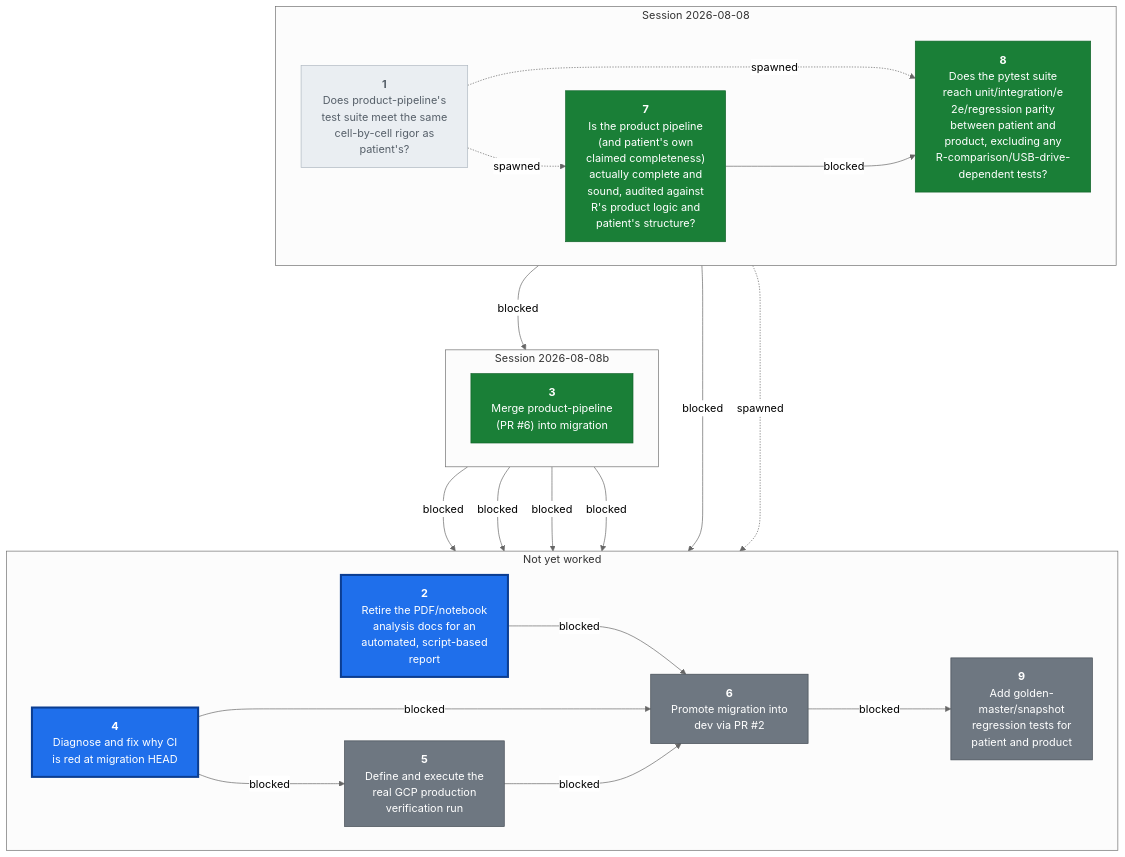
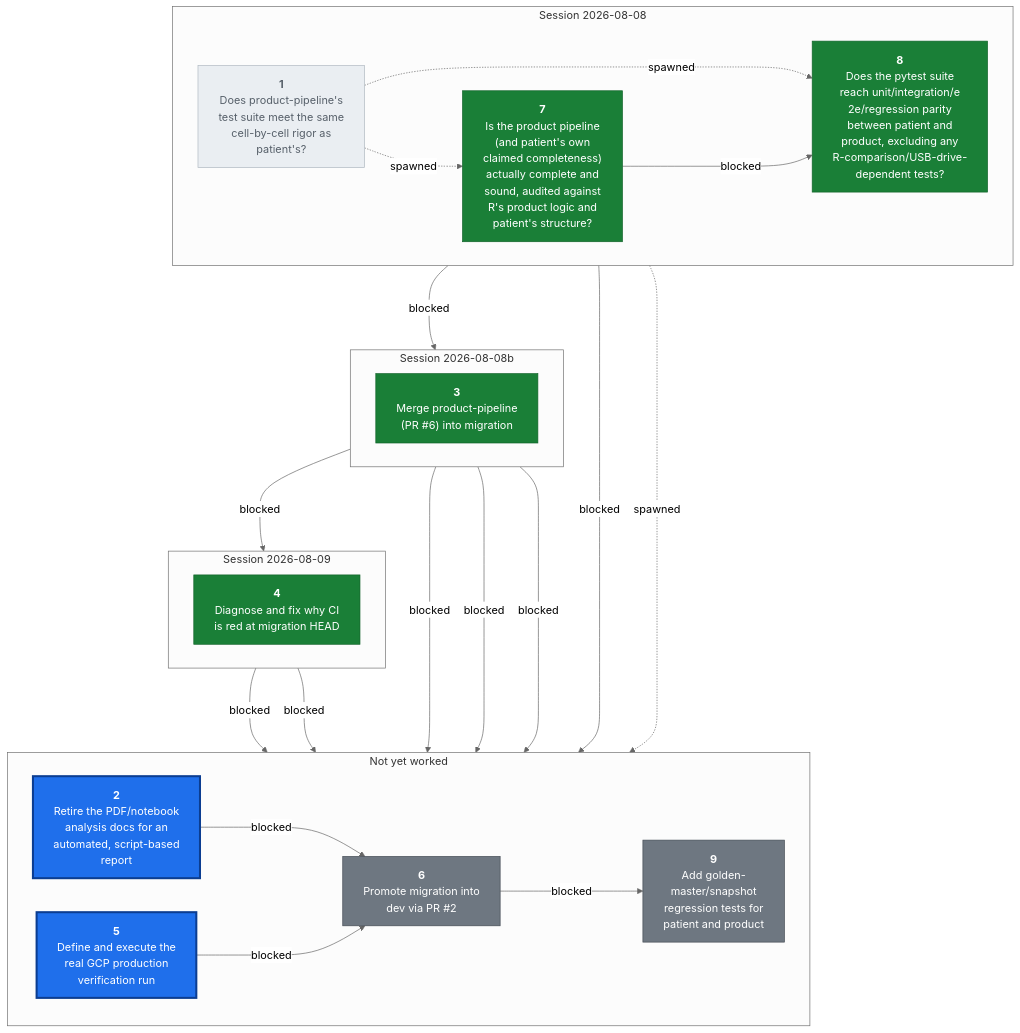
One commit to CorrelAid/a4d changed the second of 2 diagrams in docs/wayfinder/map.md. Above: the diagram before and after it, drawn with Mermaid (neutral theme). The commit also changed other lines of this file and 5 other files, not shown here.

````diff
--- a/docs/wayfinder/map.md
+++ b/docs/wayfinder/map.md
@@ -276,49 +299,53 @@
 ```mermaid
 flowchart TB
   subgraph S2026_08_08["Session 2026-08-08"]
     direction LR
     U1["<b>1</b><br/>Does product-pipeline's<br/>test suite meet the same<br/>cell-by-cell rigor as<br/>patient's?"]
     U7["<b>7</b><br/>Is the product pipeline<br/>(and patient's own<br/>claimed completeness)<br/>actually complete and<br/>sound, audited against<br/>R's product logic and<br/>patient's structure?"]
     U8["<b>8</b><br/>Does the pytest suite<br/>reach unit/integration/e<br/>2e/regression parity<br/>between patient and<br/>product, excluding any<br/>R-comparison/USB-drive-<br/>dependent tests?"]
   end
   subgraph S2026_08_08b["Session 2026-08-08b"]
     direction LR
     U3["<b>3</b><br/>Merge product-pipeline<br/>(PR #6) into migration"]
   end
+  subgraph S2026_08_09["Session 2026-08-09"]
+    direction LR
+    U4["<b>4</b><br/>Diagnose and fix why CI<br/>is red at migration HEAD"]
+  end
   subgraph Sopen["Not yet worked"]
     direction LR
     U2["<b>2</b><br/>Retire the PDF/notebook<br/>analysis docs for an<br/>automated, script-based<br/>report"]
-    U4["<b>4</b><br/>Diagnose and fix why CI<br/>is red at migration HEAD"]
     U5["<b>5</b><br/>Define and execute the<br/>real GCP production<br/>verification run"]
     U6["<b>6</b><br/>Promote migration into<br/>dev via PR #2"]
     U9["<b>9</b><br/>Add golden-<br/>master/snapshot<br/>regression tests for<br/>patient and product"]
   end
 
   S2026_08_08 ~~~ S2026_08_08b
-  S2026_08_08b ~~~ Sopen
+  S2026_08_08b ~~~ S2026_08_09
+  S2026_08_09 ~~~ Sopen
 
   U3 --->|blocked| U2
   U8 --->|blocked| U3
   U3 --->|blocked| U4
   U3 --->|blocked| U5
   U4 --->|blocked| U5
   U8 --->|blocked| U6
   U2 --->|blocked| U6
   U3 --->|blocked| U6
   U4 --->|blocked| U6
   U5 --->|blocked| U6
   U1 -.->|spawned| U7
   U1 -.->|spawned| U8
   U7 --->|blocked| U8
   U8 -.->|spawned| U9
   U6 --->|blocked| U9
 
   classDef tfrontier fill:#1f6feb,stroke:#0b3d91,stroke-width:3px,color:#ffffff
-  class U2,U4 tfrontier
+  class U2,U5 tfrontier
   classDef tblocked fill:#6e7781,stroke:#424a53,stroke-width:1px,color:#ffffff
-  class U5,U6,U9 tblocked
+  class U6,U9 tblocked
   classDef tdecided fill:#1a7f37,stroke:#116329,stroke-width:1px,color:#ffffff
-  class U3,U7,U8 tdecided
+  class U3,U4,U7,U8 tdecided
   classDef tdropped fill:#eaeef2,stroke:#afb8c1,stroke-width:1px,color:#57606a
   class U1 tdropped
 ```
````
